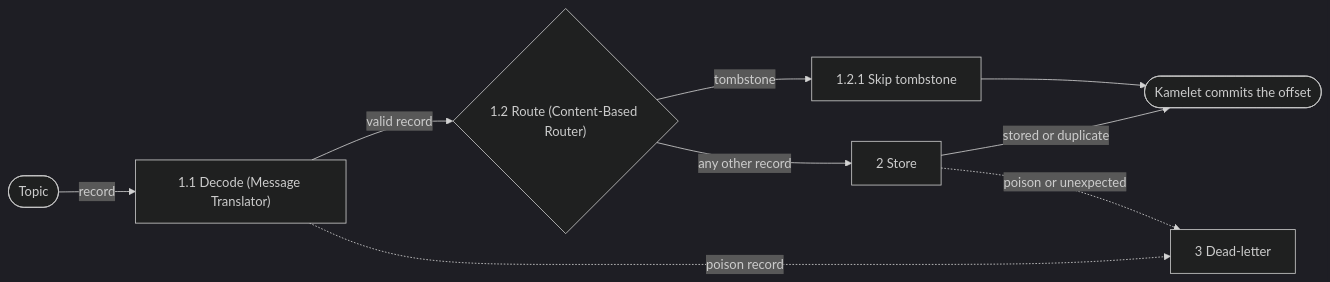
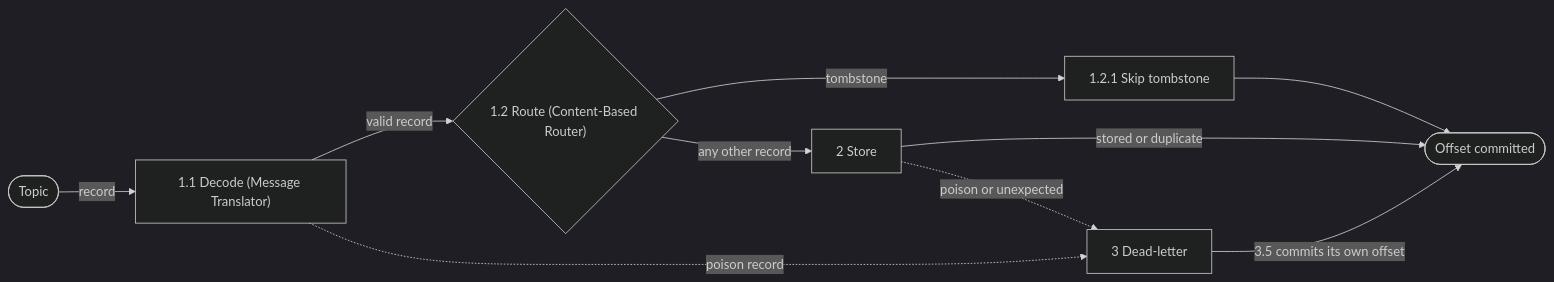
Before and after one commit to m-almeida-p/ms-ml-conv-history-consumer: the third of 5 diagrams in docs/design.md, drawn with Mermaid (dark theme). The commit also changed other lines of this file and 10 other files, not shown here.

````diff
--- a/docs/design.md
+++ b/docs/design.md
@@ -89,19 +89,20 @@
 ```mermaid
 flowchart LR
     topic(["Topic"])
     r11["1.1 Decode (Message Translator)"]
     r12{"1.2 Route (Content-Based Router)"}
     r121["1.2.1 Skip tombstone"]
     r2["2 Store"]
-    r13(["Kamelet commits the offset"])
+    r13(["Offset committed"])
     r3["3 Dead-letter"]
 
     topic -- "record" --> r11
     r11 -- "valid record" --> r12
     r12 -- "tombstone" --> r121
     r12 -- "any other record" --> r2
     r121 --> r13
     r2 -- "stored or duplicate" --> r13
     r11 -. "poison record" .-> r3
     r2 -. "poison or unexpected" .-> r3
+    r3 -- "3.5 commits its own offset" --> r13
 ```
````
